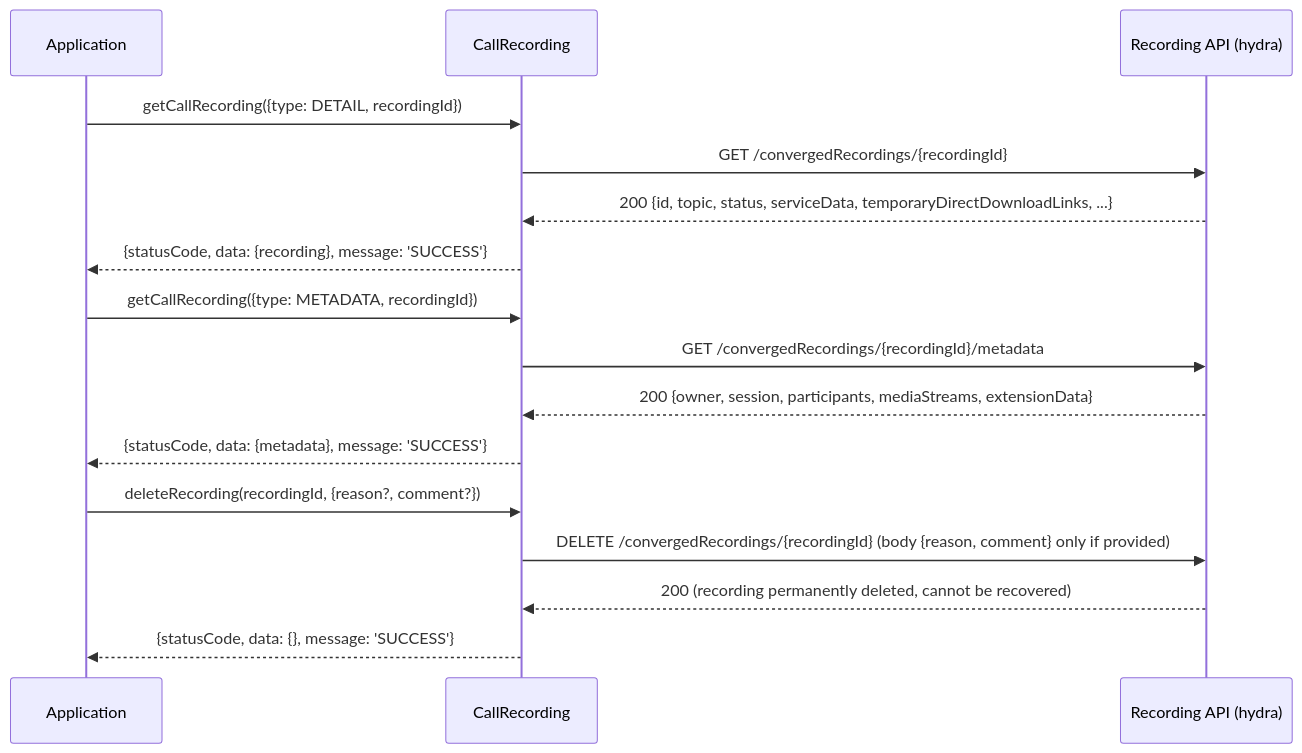
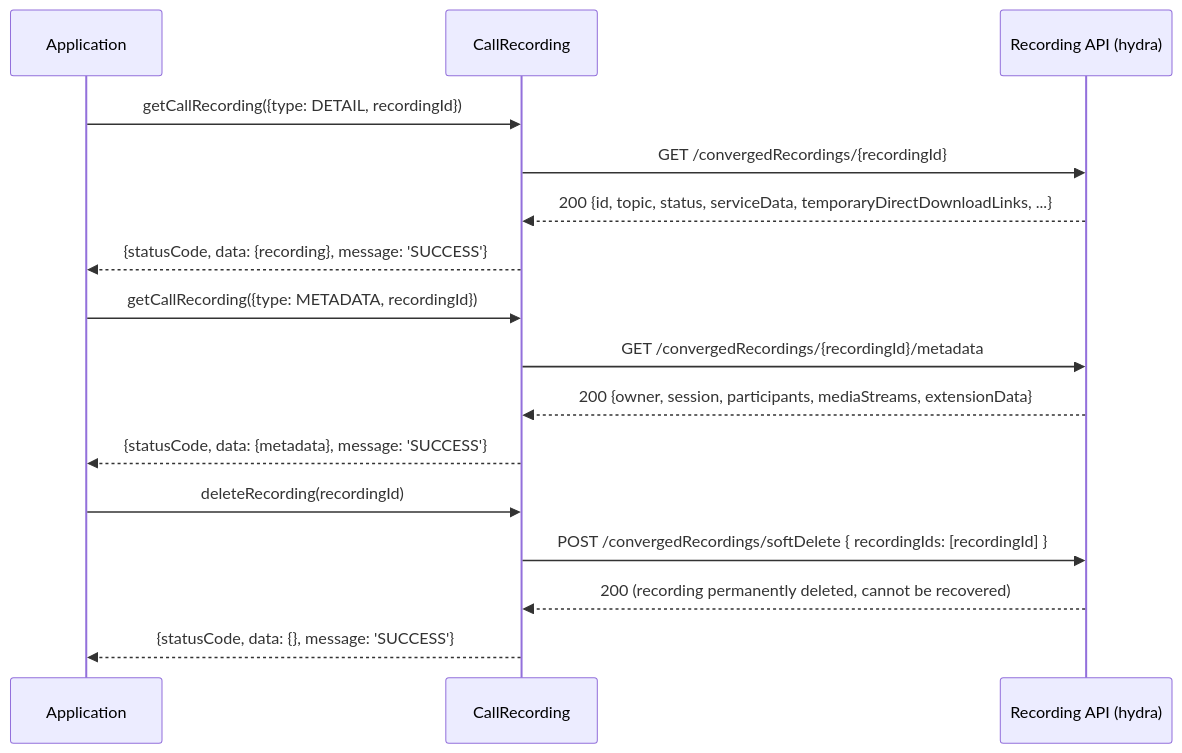
One commit to webex/webex-js-sdk changed the fourth of 6 diagrams in packages/calling/src/CallRecording/ai-docs/ARCHITECTURE.md. Above: the diagram before and after it, drawn with Mermaid. The commit also changed 5 other files, not shown here.

Commit message:
fix(calling): deleteRecording uses soft delete (recycle bin)

````diff
--- a/packages/calling/src/CallRecording/ai-docs/ARCHITECTURE.md
+++ b/packages/calling/src/CallRecording/ai-docs/ARCHITECTURE.md
@@ -151,21 +151,21 @@
 ```mermaid
 sequenceDiagram
     participant App as Application
     participant CR as CallRecording
     participant WxApp as Recording API (hydra)
 
     App->>CR: getCallRecording({type: DETAIL, recordingId})
     CR->>WxApp: GET /convergedRecordings/{recordingId}
     WxApp-->>CR: 200 {id, topic, status, serviceData, temporaryDirectDownloadLinks, ...}
     CR-->>App: {statusCode, data: {recording}, message: 'SUCCESS'}
 
     App->>CR: getCallRecording({type: METADATA, recordingId})
     CR->>WxApp: GET /convergedRecordings/{recordingId}/metadata
     WxApp-->>CR: 200 {owner, session, participants, mediaStreams, extensionData}
     CR-->>App: {statusCode, data: {metadata}, message: 'SUCCESS'}
 
-    App->>CR: deleteRecording(recordingId, {reason?, comment?})
-    CR->>WxApp: DELETE /convergedRecordings/{recordingId} (body {reason, comment} only if provided)
+    App->>CR: deleteRecording(recordingId)
+    CR->>WxApp: POST /convergedRecordings/softDelete { recordingIds: [recordingId] }
     WxApp-->>CR: 200 (recording permanently deleted, cannot be recovered)
     CR-->>App: {statusCode, data: {}, message: 'SUCCESS'}
 ```
````
